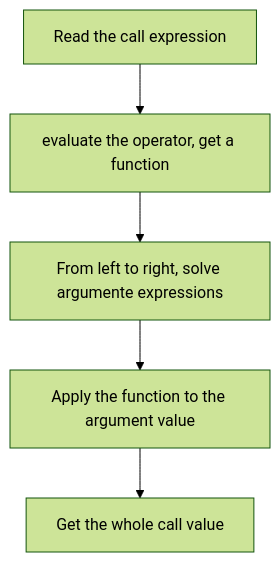
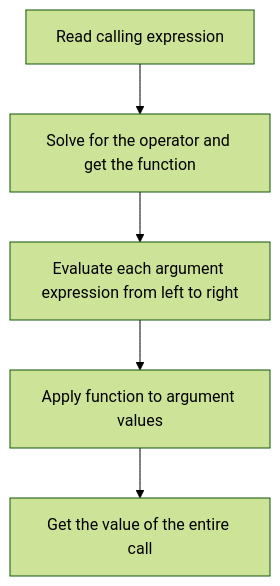
One commit to easonlines2007/easonlin-blog changed the first of 2 diagrams in src/content/translations/en/notes/cs61a/lecture-01.md. Above: the diagram before and after it, drawn with Mermaid (forest theme). The commit also changed other lines of this file and 158 other files, not shown here.

````diff
--- a/src/content/translations/en/notes/cs61a/lecture-01.md
+++ b/src/content/translations/en/notes/cs61a/lecture-01.md
@@ -208,7 +276,7 @@
 ```mermaid
 flowchart TD
-    A[Read the call expression] --> B[evaluate the operator, get a function]
-    B --> C[From left to right, solve argumente expressions]
-    C --> D[Apply the function to the argument value]
-    D --> E[Get the whole call value]
+    A[Read calling expression] --> B[Solve for the operator and get the function]
+    B --> C[Evaluate each argument expression from left to right]
+    C --> D[Apply function to argument values]
+    D --> E[Get the value of the entire call]
 ```
````
